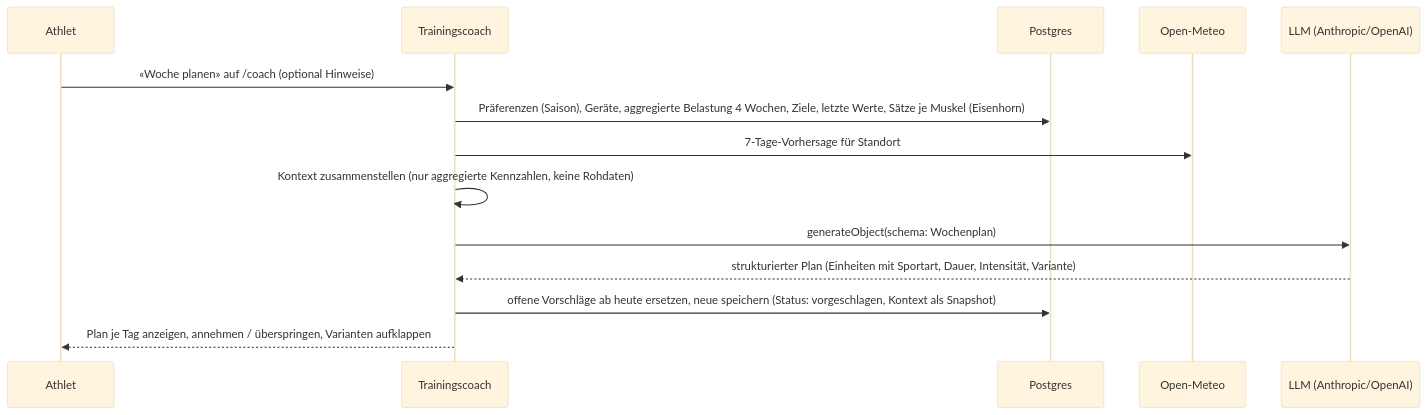
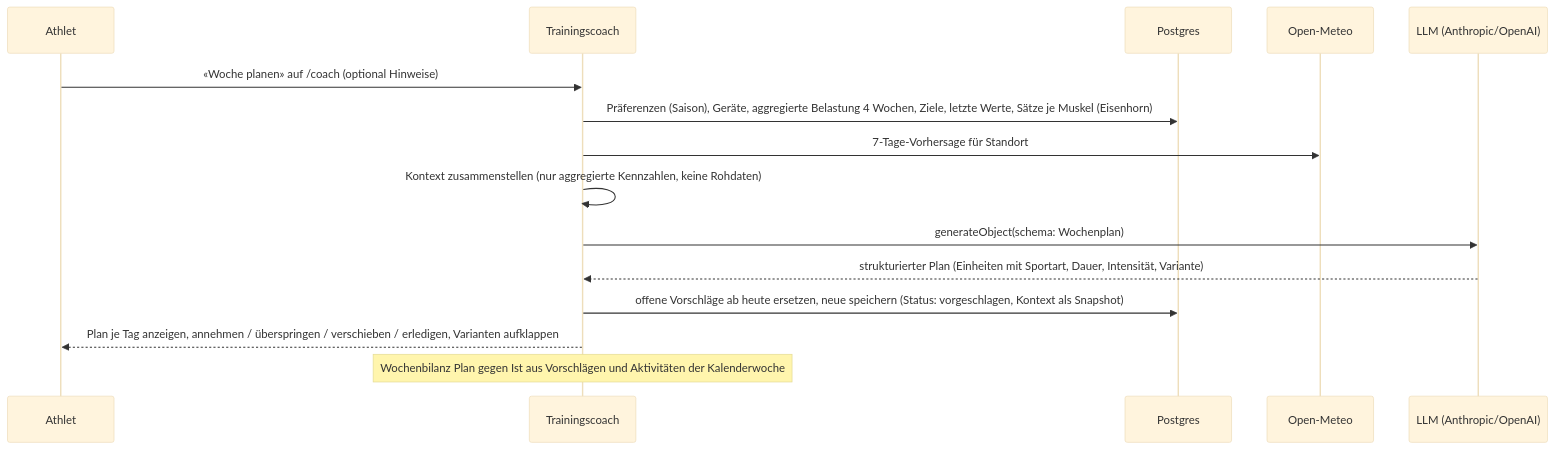
Before and after one commit to NeuhausD/trainingscoach: the sixth of 7 diagrams in docs/02-architektur.md, drawn with Mermaid (base theme). The commit also changed other lines of this file and 14 other files, not shown here.

````diff
--- a/docs/02-architektur.md
+++ b/docs/02-architektur.md
@@ -182,16 +183,17 @@
 ```mermaid
 sequenceDiagram
     participant U as Athlet
     participant A as Trainingscoach
     participant DB as Postgres
     participant W as Open-Meteo
     participant L as LLM (Anthropic/OpenAI)
     U->>A: «Woche planen» auf /coach (optional Hinweise)
     A->>DB: Präferenzen (Saison), Geräte, aggregierte Belastung 4 Wochen, Ziele, letzte Werte, Sätze je Muskel (Eisenhorn)
     A->>W: 7-Tage-Vorhersage für Standort
     A->>A: Kontext zusammenstellen (nur aggregierte Kennzahlen, keine Rohdaten)
     A->>L: generateObject(schema: Wochenplan)
     L-->>A: strukturierter Plan (Einheiten mit Sportart, Dauer, Intensität, Variante)
     A->>DB: offene Vorschläge ab heute ersetzen, neue speichern (Status: vorgeschlagen, Kontext als Snapshot)
-    A-->>U: Plan je Tag anzeigen, annehmen / überspringen, Varianten aufklappen
+    A-->>U: Plan je Tag anzeigen, annehmen / überspringen / verschieben / erledigen, Varianten aufklappen
+    Note over A: Wochenbilanz Plan gegen Ist aus Vorschlägen und Aktivitäten der Kalenderwoche
 ```
````
